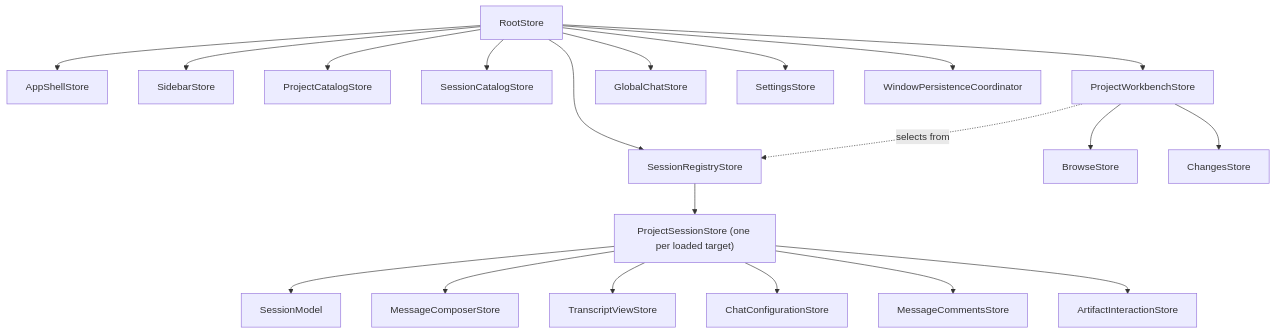
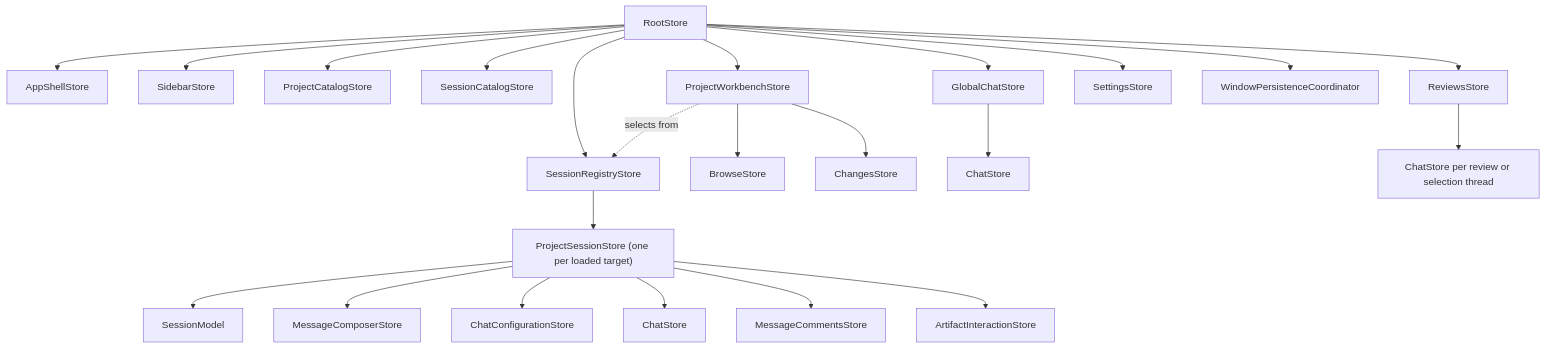
The diagram in docs/architecture/cake-architecture.md (melnikov-s/cake), drawn with Mermaid before and after one commit. The commit also changed other lines of this file and 21 other files, not shown here.

````diff
--- a/docs/architecture/cake-architecture.md
+++ b/docs/architecture/cake-architecture.md
@@ -133,22 +141,25 @@
 ```mermaid
 flowchart TD
   Root["RootStore"] --> Shell["AppShellStore"]
   Root --> Sidebar["SidebarStore"]
   Root --> Projects["ProjectCatalogStore"]
   Root --> Catalog["SessionCatalogStore"]
   Root --> Registry["SessionRegistryStore"]
   Root --> Workbench["ProjectWorkbenchStore"]
   Root --> Global["GlobalChatStore"]
+  Global --> GlobalChat["ChatStore"]
   Root --> Settings["SettingsStore"]
   Root --> Persistence["WindowPersistenceCoordinator"]
   Workbench -. selects from .-> Registry
   Workbench --> Browse["BrowseStore"]
   Workbench --> Changes["ChangesStore"]
   Registry --> Session["ProjectSessionStore (one per loaded target)"]
   Session --> Model["SessionModel"]
   Session --> Composer["MessageComposerStore"]
-  Session --> Transcript["TranscriptViewStore"]
   Session --> Config["ChatConfigurationStore"]
+  Session --> Chat["ChatStore"]
   Session --> Comments["MessageCommentsStore"]
   Session --> Artifacts["ArtifactInteractionStore"]
+  Root --> Reviews["ReviewsStore"]
+  Reviews --> ThreadChats["ChatStore per review or selection thread"]
 ```
````
